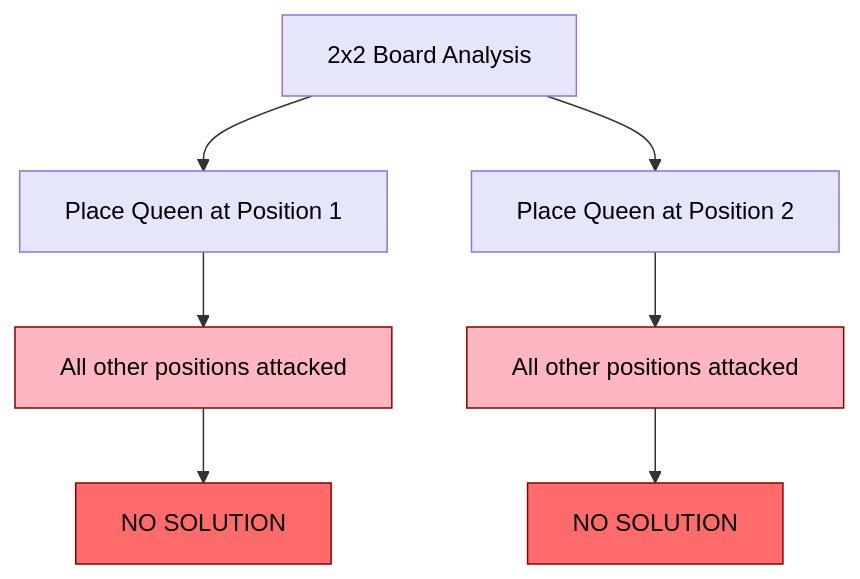
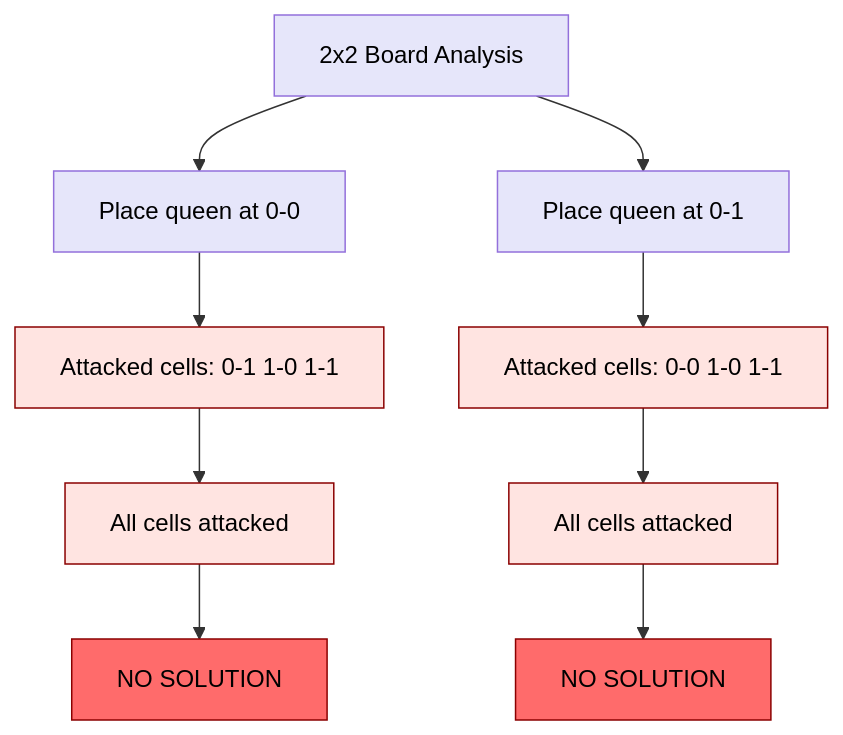
Before and after one commit to zeroisinfinity/DSA-C_Cpp: the second of 12 diagrams in BACKTRACKING/N-queens/guide.md, drawn with Mermaid. The commit also changed other lines of this file, not shown here.

Commit message:
added guide for perm n updated guide of nqueens

````diff
--- a/BACKTRACKING/N-queens/guide.md
+++ b/BACKTRACKING/N-queens/guide.md
@@ -56,19 +49,23 @@
 ```mermaid
 graph TD
-    A[2x2 Board Analysis]
-    A --> B[Place Queen at Position 1]
-    B --> C[All other positions attacked]
-    C --> D[NO SOLUTION]
+    A[2x2 Board Analysis] --> B[Place queen at 0-0]
+    B --> C[Attacked cells: 0-1 1-0 1-1]
+    C --> D[All cells attacked]
+    D --> E[NO SOLUTION]
     
-    A --> E[Place Queen at Position 2]
-    E --> F[All other positions attacked]
-    F --> G[NO SOLUTION]
+    A --> F[Place queen at 0-1]
+    F --> G[Attacked cells: 0-0 1-0 1-1]
+    G --> H[All cells attacked]
+    H --> I[NO SOLUTION]
     
+    classDef default fill:#FFFFFF,stroke:#000000,color:#000000
     style A fill:#E6E6FA,stroke:#9370DB,color:#000000
     style B fill:#E6E6FA,stroke:#9370DB,color:#000000
-    style E fill:#E6E6FA,stroke:#9370DB,color:#000000
-    style C fill:#FFB6C1,stroke:#8B0000,color:#000000
-    style F fill:#FFB6C1,stroke:#8B0000,color:#000000
-    style D fill:#FF6B6B,stroke:#8B0000,color:#000000
-    style G fill:#FF6B6B,stroke:#8B0000,color:#000000
+    style F fill:#E6E6FA,stroke:#9370DB,color:#000000
+    style C fill:#FFE4E1,stroke:#8B0000,color:#000000
+    style G fill:#FFE4E1,stroke:#8B0000,color:#000000
+    style D fill:#FFE4E1,stroke:#8B0000,color:#000000
+    style H fill:#FFE4E1,stroke:#8B0000,color:#000000
+    style E fill:#FF6B6B,stroke:#8B0000,color:#000000
+    style I fill:#FF6B6B,stroke:#8B0000,color:#000000
 ```
````
